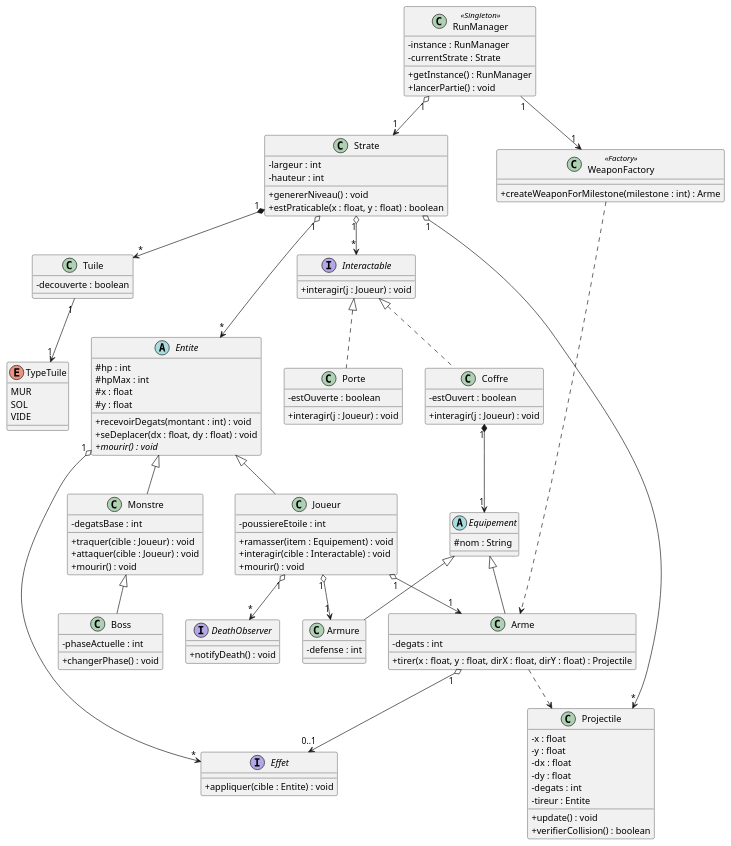
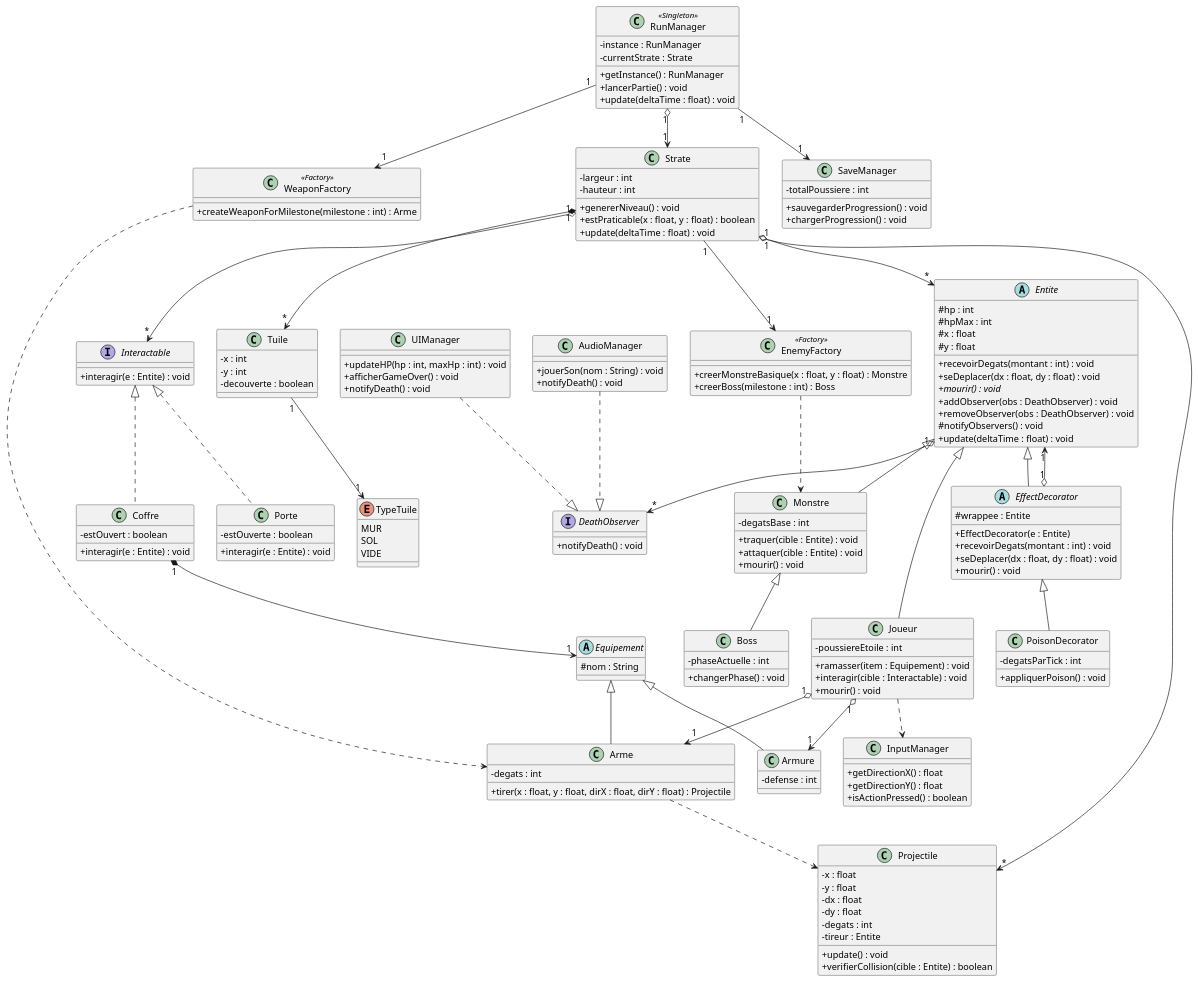
One commit to CPE-LYON-APICOT/projet-team-eddy changed the first of 2 diagrams in docs/conception.md. Above: the diagram before and after it, drawn with PlantUML.

Commit message:
Refactor interfaces and classes for entity interactions

````diff
--- a/docs/conception.md
+++ b/docs/conception.md
@@ -53,6 +53,7 @@
     - currentStrate : Strate
     + getInstance() : RunManager
     + lancerPartie() : void
+    + update(deltaTime : float) : void
 }
 
 interface DeathObserver {
@@ -60,7 +61,7 @@
 }
 
 interface Interactable {
-    + interagir(j : Joueur) : void
+    + interagir(e : Entite) : void
 }
 
 abstract class Entite {
@@ -71,12 +72,29 @@
     + recevoirDegats(montant : int) : void
     + seDeplacer(dx : float, dy : float) : void
     + {abstract} mourir() : void
+    + addObserver(obs : DeathObserver) : void
+    + removeObserver(obs : DeathObserver) : void
+    # notifyObservers() : void
+    + update(deltaTime : float) : void
+}
+
+abstract class EffectDecorator extends Entite {
+    # wrappee : Entite
+    + EffectDecorator(e : Entite)
+    + recevoirDegats(montant : int) : void
+    + seDeplacer(dx : float, dy : float) : void
+    + mourir() : void
+}
+
+class PoisonDecorator extends EffectDecorator {
+    - degatsParTick : int
+    + appliquerPoison() : void
 }
 
 class Monstre extends Entite {
     - degatsBase : int
-    + traquer(cible : Joueur) : void
-    + attaquer(cible : Joueur) : void
+    + traquer(cible : Entite) : void
+    + attaquer(cible : Entite) : void
     + mourir() : void
 }
 
@@ -100,17 +118,17 @@
     - degats : int
     - tireur : Entite
     + update() : void
-    + verifierCollision() : boolean
+    + verifierCollision(cible : Entite) : boolean
 }
 
 class Coffre implements Interactable {
     - estOuvert : boolean
-    + interagir(j : Joueur) : void
+    + interagir(e : Entite) : void
 }
 
 class Porte implements Interactable {
     - estOuverte : boolean
-    + interagir(j : Joueur) : void
+    + interagir(e : Entite) : void
 }
 
 abstract class Equipement {
@@ -130,18 +148,17 @@
     + createWeaponForMilestone(milestone : int) : Arme
 }
 
-interface Effet {
-    + appliquer(cible : Entite) : void
-}
-
 class Strate {
     - largeur : int
     - hauteur : int
     + genererNiveau() : void
     + estPraticable(x : float, y : float) : boolean
+    + update(deltaTime : float) : void
 }
 
 class Tuile {
+    - x : int
+    - y : int
     - decouverte : boolean
 }
 
@@ -151,11 +168,38 @@
     VIDE
 }
 
+class InputManager {
+    + getDirectionX() : float
+    + getDirectionY() : float
+    + isActionPressed() : boolean
+}
+
+class UIManager {
+    + updateHP(hp : int, maxHp : int) : void
+    + afficherGameOver() : void
+    + notifyDeath() : void
+}
+
+class SaveManager {
+    - totalPoussiere : int
+    + sauvegarderProgression() : void
+    + chargerProgression() : void
+}
+
+class EnemyFactory <<Factory>> {
+    + creerMonstreBasique(x : float, y : float) : Monstre
+    + creerBoss(milestone : int) : Boss
+}
+
+class AudioManager {
+    + jouerSon(nom : String) : void
+    + notifyDeath() : void
+}
+
 Joueur "1" o--> "1" Arme
 Joueur "1" o--> "1" Armure
-Joueur "1" o--> "*" DeathObserver
-Arme "1" o--> "0..1" Effet
-Entite "1" o--> "*" Effet
+Entite "1" o--> "*" DeathObserver
+EffectDecorator "1" o--> "1" Entite
 Coffre "1" *--> "1" Equipement
 
 Strate "1" *--> "*" Tuile
@@ -169,5 +213,15 @@
 WeaponFactory ..> Arme
 Arme ..> Projectile 
 
+UIManager ..|> DeathObserver
+AudioManager ..|> DeathObserver
+
+Strate "1" --> "1" EnemyFactory
+EnemyFactory ..> Monstre
+
+RunManager "1" --> "1" SaveManager
+
+Joueur ..> InputManager
+
 @enduml
 ```
````
